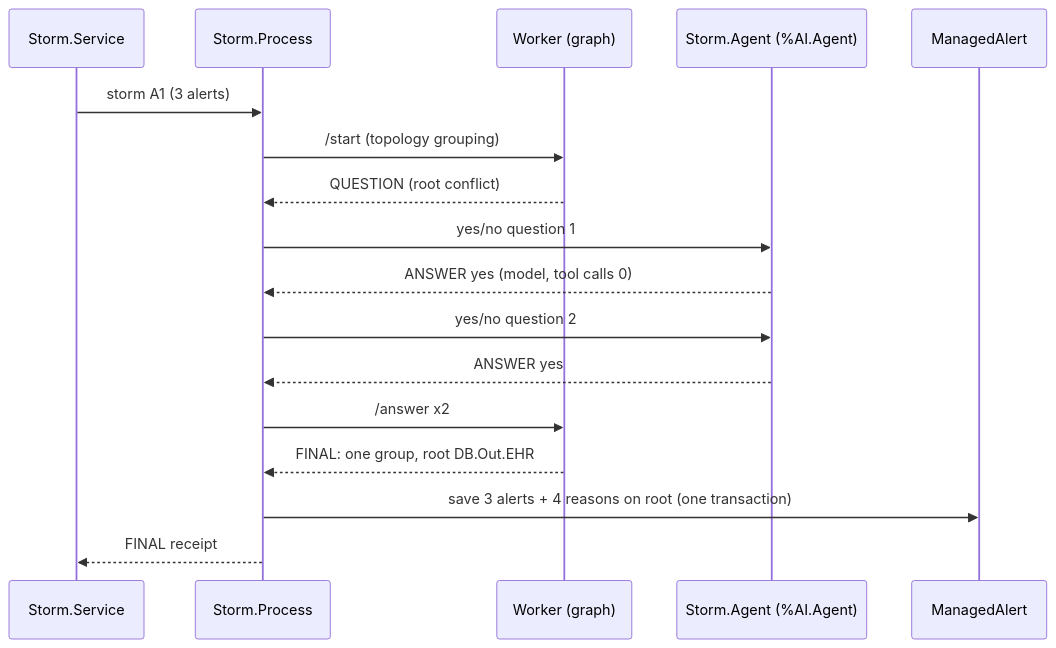
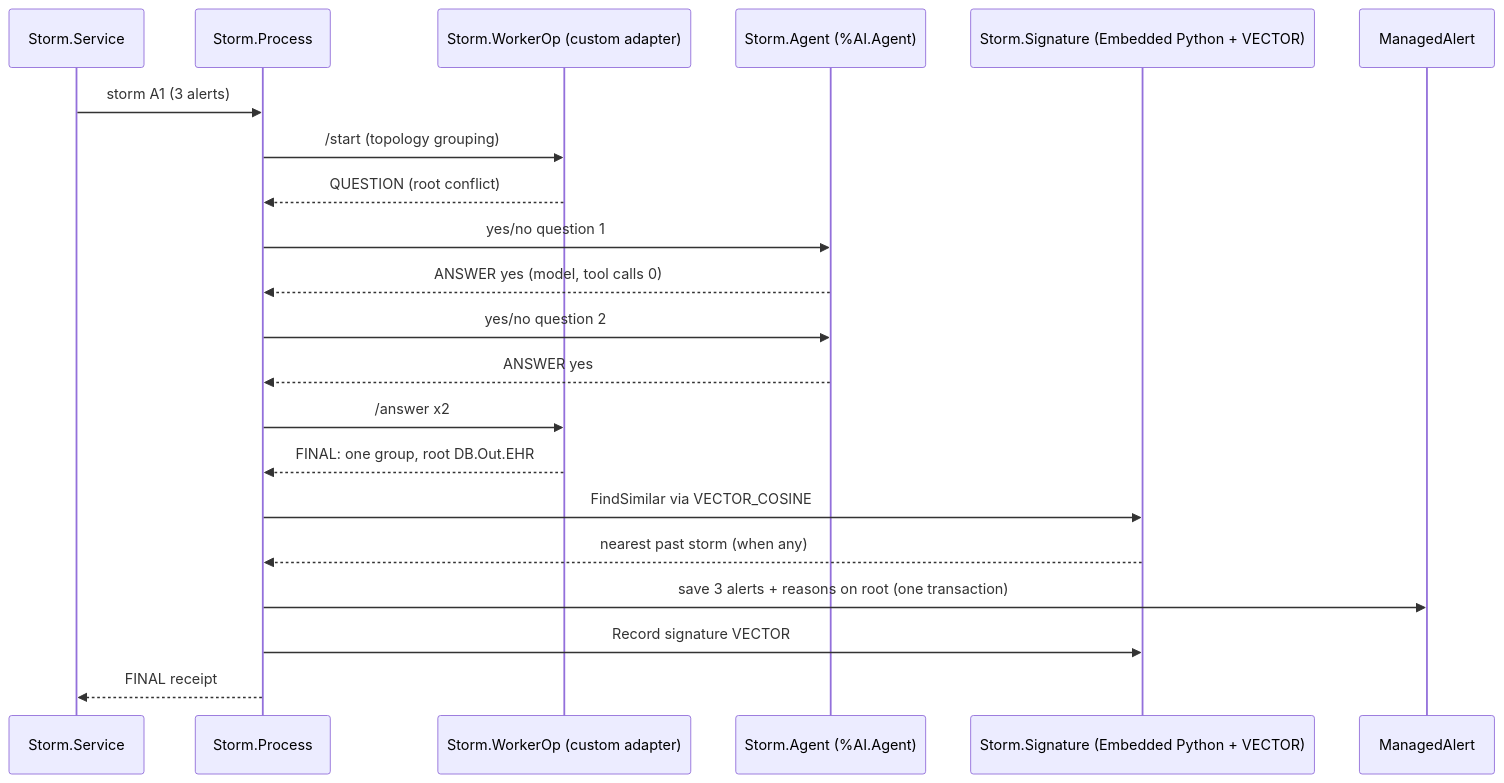
One commit to inunanba/storm-link changed the diagram in docs/NATIVE_FEATURES.md. Above: the diagram before and after it, drawn with Mermaid. The commit also changed other lines of this file and 10 other files, not shown here.

First line of the commit message:
Add Custom Adapter, Embedded Python, and IRIS Vector Search bonuses

````diff
--- a/docs/NATIVE_FEATURES.md
+++ b/docs/NATIVE_FEATURES.md
@@ -22,19 +25,23 @@
 ```mermaid
 sequenceDiagram
   participant S as Storm.Service
   participant P as Storm.Process
-  participant W as Worker (graph)
+  participant W as Storm.WorkerOp (custom adapter)
   participant A as Storm.Agent (%AI.Agent)
+  participant V as Storm.Signature (Embedded Python + VECTOR)
   participant M as ManagedAlert
   S->>P: storm A1 (3 alerts)
   P->>W: /start (topology grouping)
   W-->>P: QUESTION (root conflict)
   P->>A: yes/no question 1
   A-->>P: ANSWER yes (model, tool calls 0)
   P->>A: yes/no question 2
   A-->>P: ANSWER yes
   P->>W: /answer x2
   W-->>P: FINAL: one group, root DB.Out.EHR
-  P->>M: save 3 alerts + 4 reasons on root (one transaction)
+  P->>V: FindSimilar via VECTOR_COSINE
+  V-->>P: nearest past storm (when any)
+  P->>M: save 3 alerts + reasons on root (one transaction)
+  P->>V: Record signature VECTOR
   P-->>S: FINAL receipt
 ```
````
